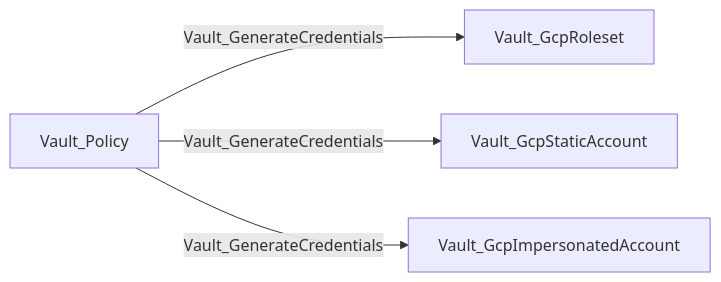
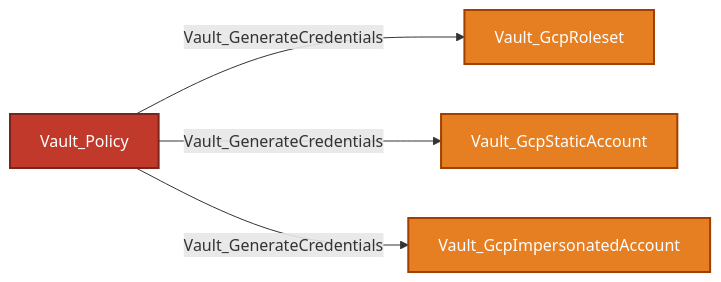
One commit to bytewreck/opengraph-vault changed diagram 11 of 29 in Documentation/stores/MOUNTS.md. Above: the diagram before and after it, drawn with Mermaid. The commit also changed other lines of this file and 4 other files, not shown here.

````diff
--- a/Documentation/stores/MOUNTS.md
+++ b/Documentation/stores/MOUNTS.md
@@ -320,6 +359,9 @@
 ```mermaid
 flowchart LR
-    policy[Vault_Policy] -->|Vault_GenerateCredentials| roleset[Vault_GcpRoleset]
-    policy -->|Vault_GenerateCredentials| static[Vault_GcpStaticAccount]
-    policy -->|Vault_GenerateCredentials| impersonated[Vault_GcpImpersonatedAccount]
+    policy[Vault_Policy]:::policyNode -->|Vault_GenerateCredentials| roleset[Vault_GcpRoleset]:::secretObjectNode
+    policy -->|Vault_GenerateCredentials| static[Vault_GcpStaticAccount]:::secretObjectNode
+    policy -->|Vault_GenerateCredentials| impersonated[Vault_GcpImpersonatedAccount]:::secretObjectNode
+
+    classDef policyNode fill:#C0392B,color:#fff,stroke:#7B241C,stroke-width:2px
+    classDef secretObjectNode fill:#E67E22,color:#fff,stroke:#A04000,stroke-width:2px
 ```
````
